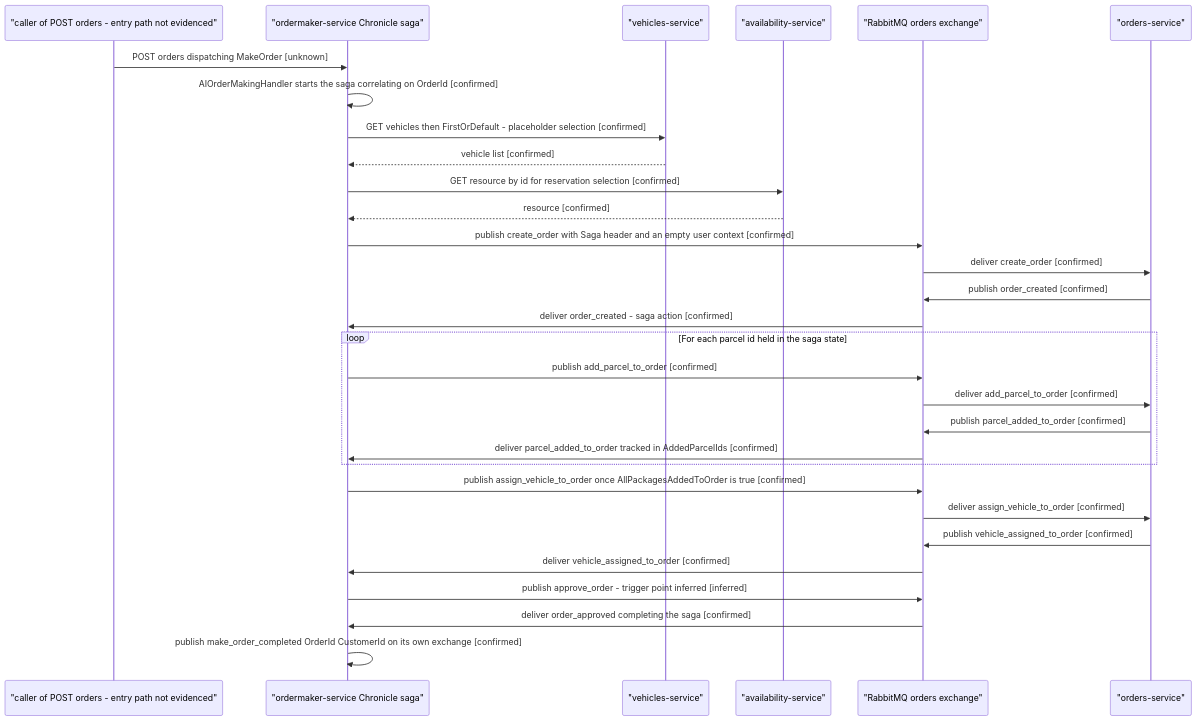
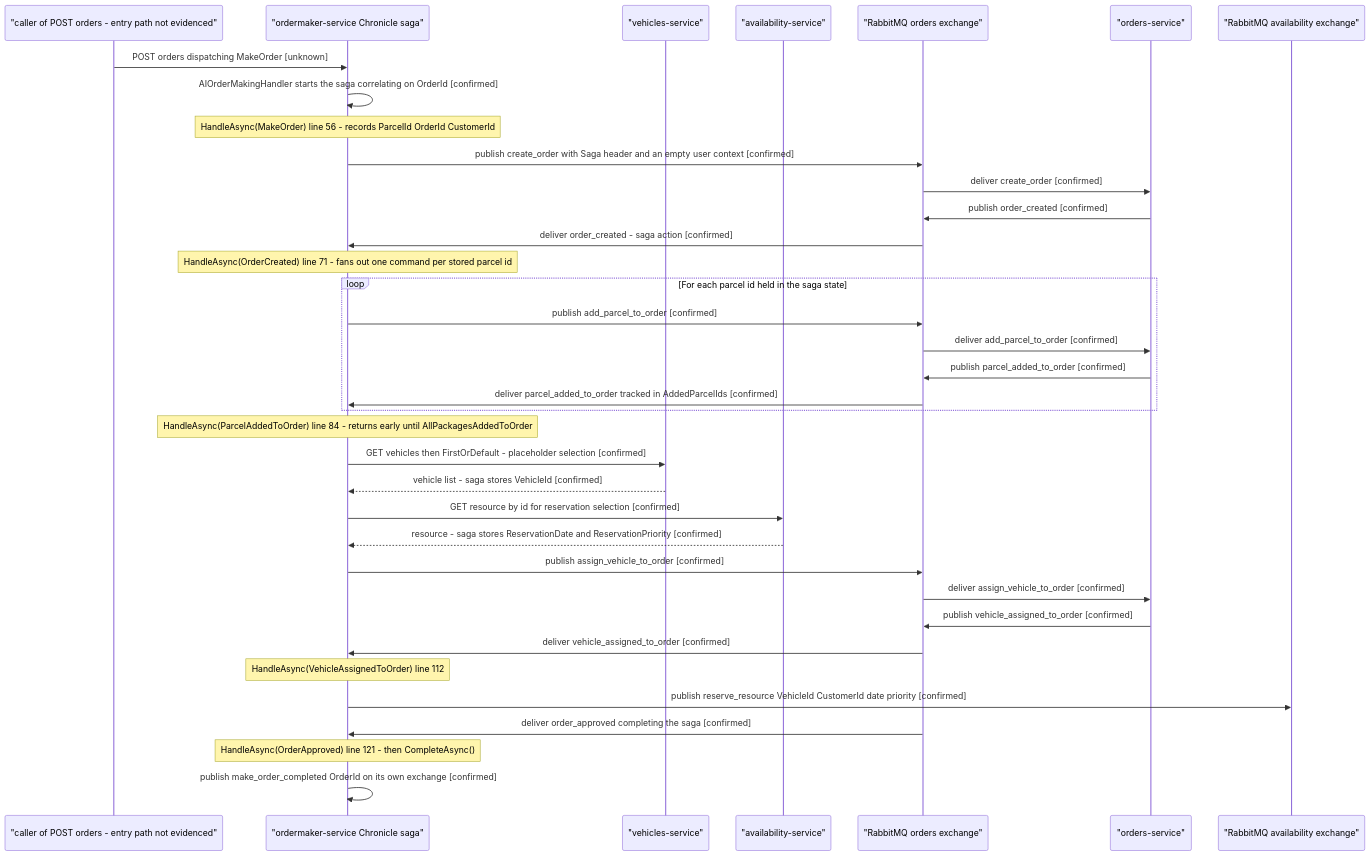
Diagram 13 of 22 in docs/architecture-inventory/architecture-views.md (hianshul100/Pacco.Context), drawn with Mermaid before and after one commit. The commit also changed other lines of this file, not shown here.

First line of the commit message:
docs(architecture-views): correct saga flow, message counts and ER fields

````diff
--- a/docs/architecture-inventory/architecture-views.md
+++ b/docs/architecture-inventory/architecture-views.md
@@ -684,33 +731,39 @@
 ```mermaid
 sequenceDiagram
     participant CALLER as "caller of POST orders - entry path not evidenced"
     participant OM as "ordermaker-service Chronicle saga"
     participant VEH as "vehicles-service"
     participant AV as "availability-service"
     participant MQO as "RabbitMQ orders exchange"
     participant ORD as "orders-service"
+    participant MQA as "RabbitMQ availability exchange"
 
     CALLER->>OM: POST orders dispatching MakeOrder [unknown]
     OM->>OM: AIOrderMakingHandler starts the saga correlating on OrderId [confirmed]
-    OM->>VEH: GET vehicles then FirstOrDefault - placeholder selection [confirmed]
-    VEH-->>OM: vehicle list [confirmed]
-    OM->>AV: GET resource by id for reservation selection [confirmed]
-    AV-->>OM: resource [confirmed]
+    Note over OM: HandleAsync(MakeOrder) line 56 - records ParcelId OrderId CustomerId
     OM->>MQO: publish create_order with Saga header and an empty user context [confirmed]
     MQO->>ORD: deliver create_order [confirmed]
     ORD->>MQO: publish order_created [confirmed]
     MQO->>OM: deliver order_created - saga action [confirmed]
+    Note over OM: HandleAsync(OrderCreated) line 71 - fans out one command per stored parcel id
     loop For each parcel id held in the saga state
         OM->>MQO: publish add_parcel_to_order [confirmed]
         MQO->>ORD: deliver add_parcel_to_order [confirmed]
         ORD->>MQO: publish parcel_added_to_order [confirmed]
         MQO->>OM: deliver parcel_added_to_order tracked in AddedParcelIds [confirmed]
     end
-    OM->>MQO: publish assign_vehicle_to_order once AllPackagesAddedToOrder is true [confirmed]
+    Note over OM: HandleAsync(ParcelAddedToOrder) line 84 - returns early until AllPackagesAddedToOrder
+    OM->>VEH: GET vehicles then FirstOrDefault - placeholder selection [confirmed]
+    VEH-->>OM: vehicle list - saga stores VehicleId [confirmed]
+    OM->>AV: GET resource by id for reservation selection [confirmed]
+    AV-->>OM: resource - saga stores ReservationDate and ReservationPriority [confirmed]
+    OM->>MQO: publish assign_vehicle_to_order [confirmed]
     MQO->>ORD: deliver assign_vehicle_to_order [confirmed]
     ORD->>MQO: publish vehicle_assigned_to_order [confirmed]
     MQO->>OM: deliver vehicle_assigned_to_order [confirmed]
-    OM->>MQO: publish approve_order - trigger point inferred [inferred]
+    Note over OM: HandleAsync(VehicleAssignedToOrder) line 112
+    OM->>MQA: publish reserve_resource VehicleId CustomerId date priority [confirmed]
     MQO->>OM: deliver order_approved completing the saga [confirmed]
-    OM->>OM: publish make_order_completed OrderId CustomerId on its own exchange [confirmed]
+    Note over OM: HandleAsync(OrderApproved) line 121 - then CompleteAsync()
+    OM->>OM: publish make_order_completed OrderId on its own exchange [confirmed]
 ```
````
